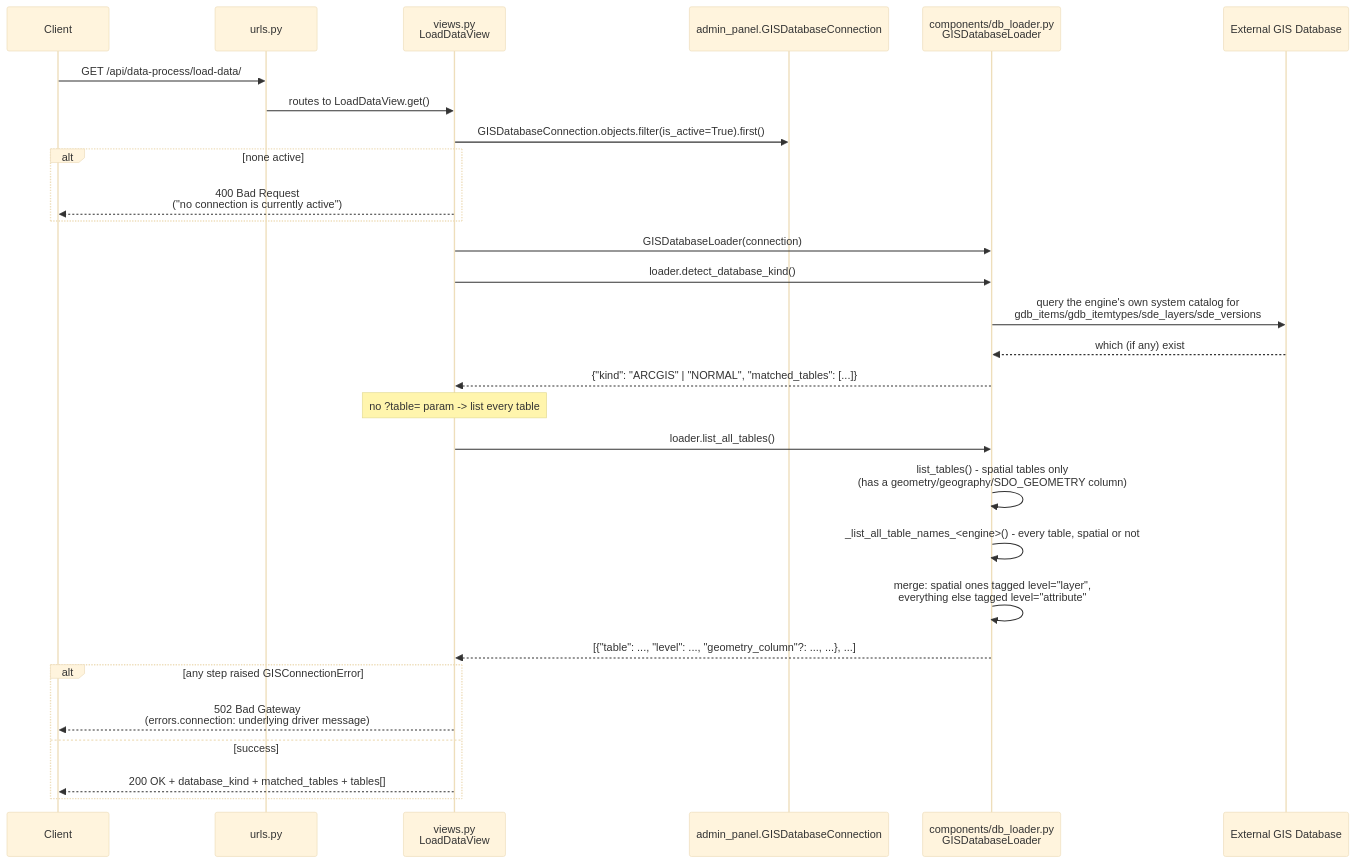
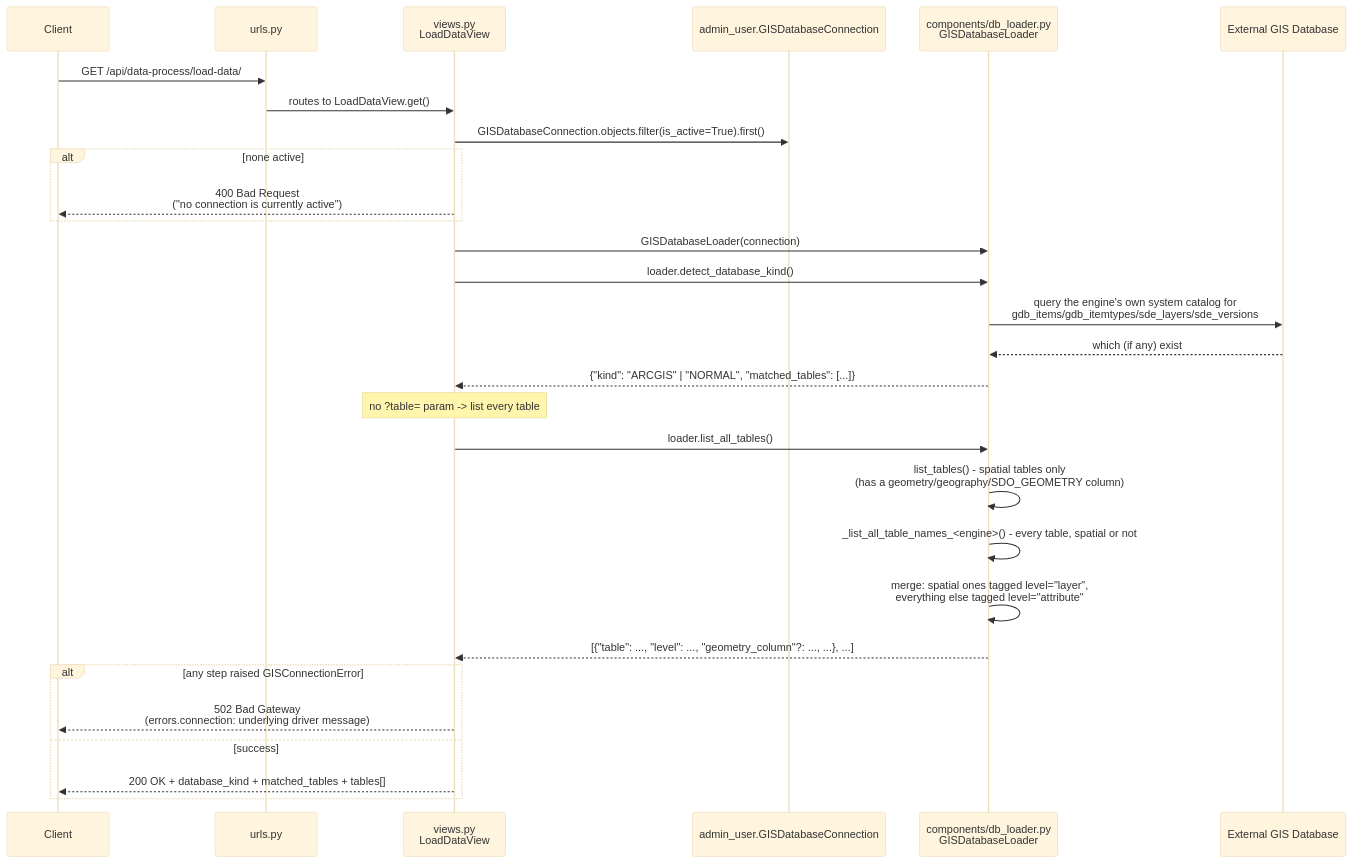
Before and after one commit to CodeTheGlobe0/GeoUtility: the seventh of 9 diagrams in documentation/data_process_flow.md, drawn with Mermaid (base theme). The commit also changed other lines of this file and 68 other files, not shown here.

First line of the commit message:
add docker/nginx stack, postgres, admin_user + admin_gis apps, analysis types, dashboard redesign

````diff
--- a/documentation/data_process_flow.md
+++ b/documentation/data_process_flow.md
@@ -460,32 +460,32 @@
 ```mermaid
 sequenceDiagram
     participant C as Client
     participant U as urls.py
     participant V as views.py<br/>LoadDataView
-    participant DB as admin_panel.GISDatabaseConnection
+    participant DB as admin_user.GISDatabaseConnection
     participant L as components/db_loader.py<br/>GISDatabaseLoader
     participant EXT as External GIS Database
 
     C->>U: GET /api/data-process/load-data/
     U->>V: routes to LoadDataView.get()
     V->>DB: GISDatabaseConnection.objects.filter(is_active=True).first()
     alt none active
         V-->>C: 400 Bad Request<br/>("no connection is currently active")
     end
     V->>L: GISDatabaseLoader(connection)
     V->>L: loader.detect_database_kind()
     L->>EXT: query the engine's own system catalog for<br/>gdb_items/gdb_itemtypes/sde_layers/sde_versions
     EXT-->>L: which (if any) exist
     L-->>V: {"kind": "ARCGIS" | "NORMAL", "matched_tables": [...]}
     Note over V: no ?table= param -> list every table
     V->>L: loader.list_all_tables()
     L->>L: list_tables() - spatial tables only<br/>(has a geometry/geography/SDO_GEOMETRY column)
     L->>L: _list_all_table_names_<engine>() - every table, spatial or not
     L->>L: merge: spatial ones tagged level="layer",<br/>everything else tagged level="attribute"
     L-->>V: [{"table": ..., "level": ..., "geometry_column"?: ..., ...}, ...]
     alt any step raised GISConnectionError
         V-->>C: 502 Bad Gateway<br/>(errors.connection: underlying driver message)
     else success
         V-->>C: 200 OK + database_kind + matched_tables + tables[]
     end
 ```
````
